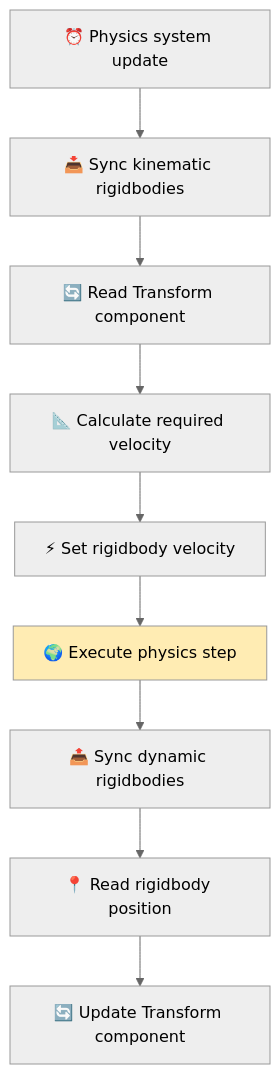
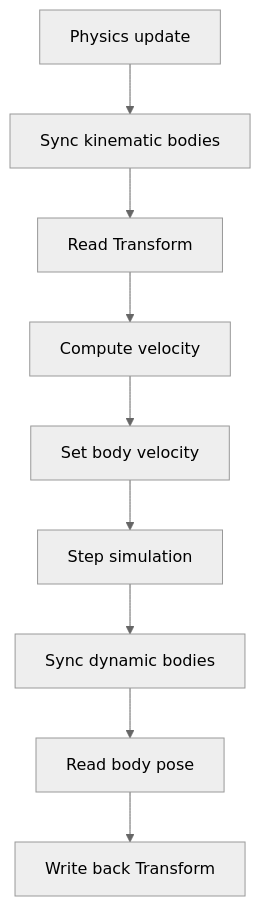
One commit to NGLSG/Luma changed the sixth of 11 diagrams in ARCHITECTURE_EN.md. Above: the diagram before and after it, drawn with Mermaid (neutral theme). The commit also changed other lines of this file and 27 other files, not shown here.

````diff
--- a/ARCHITECTURE_EN.md
+++ b/ARCHITECTURE_EN.md
@@ -175,13 +158,11 @@
 ```mermaid
 graph TD
-    A[⏰ Physics system update] --> B[📥 Sync kinematic rigidbodies]
-B --> C[🔄 Read Transform component]
-C --> D[📐 Calculate required velocity]
-D --> E[⚡ Set rigidbody velocity]
-E --> F[🌍 Execute physics step]
-F --> G[📤 Sync dynamic rigidbodies]
-G --> H[📍 Read rigidbody position]
-H --> I[🔄 Update Transform component]
-
-style F fill: #ffecb3
+    A[Physics update] --> B[Sync kinematic bodies]
+    B --> C[Read Transform]
+    C --> D[Compute velocity]
+    D --> E[Set body velocity]
+    E --> F[Step simulation]
+    F --> G[Sync dynamic bodies]
+    G --> H[Read body pose]
+    H --> I[Write back Transform]
 ```
````
